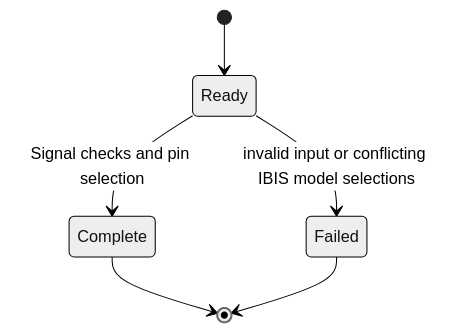
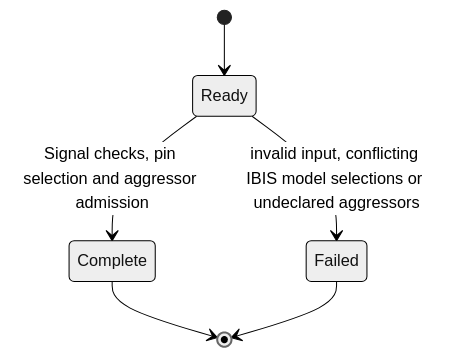
Before and after one commit to draarivpatel-ui/signal-integrity-pipeline: the second of 2 diagrams in README.md, drawn with Mermaid (neutral theme). The commit also changed other lines of this file and 2 other files, not shown here.

Commit message:
docs: explain declared aggressor states

````diff
--- a/README.md
+++ b/README.md
@@ -18,8 +31,8 @@
 ```mermaid
 stateDiagram-v2
   [*] --> Ready
-  Ready --> Complete: Signal checks and pin selection
-  Ready --> Failed: invalid input or conflicting IBIS model selections
+  Ready --> Complete: Signal checks, pin selection and aggressor admission
+  Ready --> Failed: invalid input, conflicting IBIS model selections or undeclared aggressors
   Complete --> [*]
   Failed --> [*]
 ```
````
